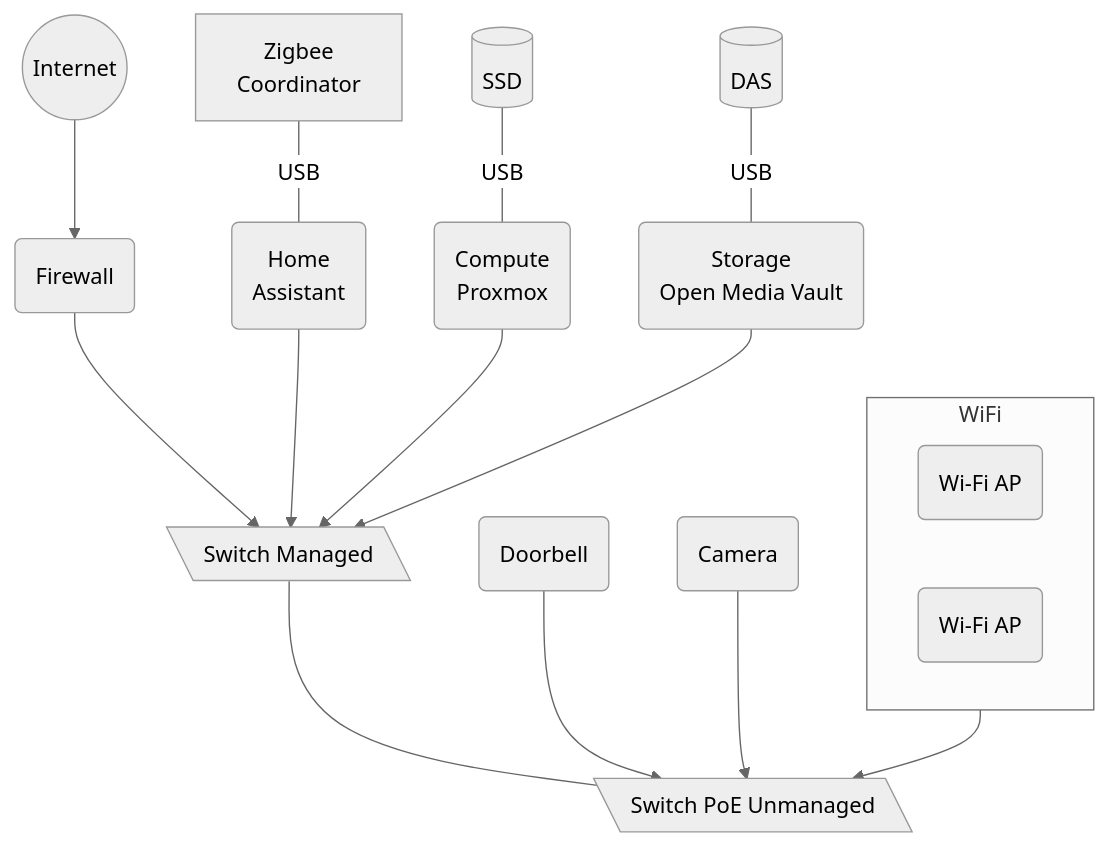
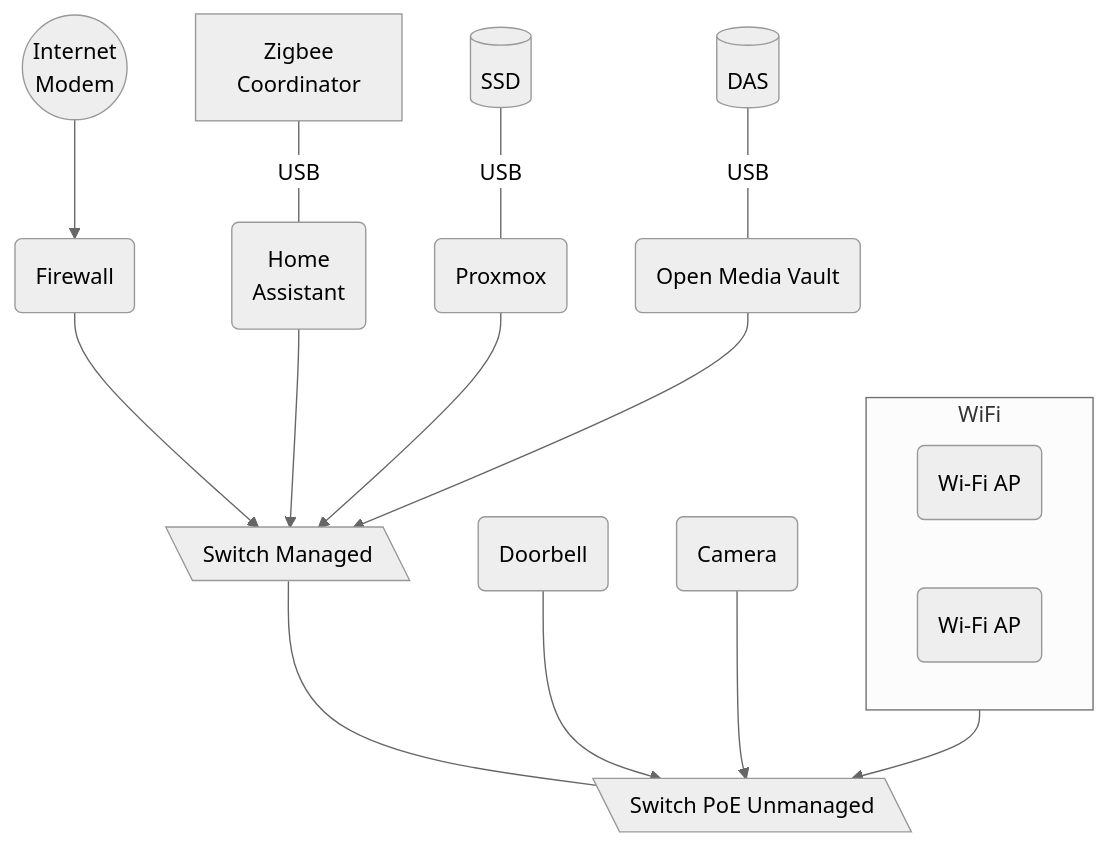
Before and after one commit to Livingdead1989/livingdead1989.github.io: the first of 3 diagrams in _projects/homelab-2026.md, drawn with Mermaid (neutral theme). The commit also changed other lines of this file and 1 other file, not shown here.

```diff
--- a/_projects/homelab-2026.md
+++ b/_projects/homelab-2026.md
@@ -68,27 +68,26 @@
 <div class="mermaid">
 flowchart TB
-  isp((Internet)) --> fw
+  isp((Internet
+  Modem)) --> fw
   switchServer[\Switch Managed\] --- switchPoE[\Switch PoE Unmanaged\]
 
   fw(Firewall) --> switchServer
   hassio(Home 
   Assistant) --> switchServer
-  proxmox(Compute
-  Proxmox) --> switchServer
-  omv(Storage
-  Open Media Vault) --> switchServer
+  proxmox(Proxmox) --> switchServer
+  omv(Open Media Vault) --> switchServer
 
   das[(DAS)] -- USB --- omv
   ssd[(SSD)] -- USB --- proxmox
   zigbee[Zigbee 
   Coordinator] -- USB --- hassio
 
   doorbell(Doorbell) --> switchPoE
   camera(Camera) --> switchPoE
 
   subgraph WiFi
     wifi1(Wi-Fi AP)
     wifi2(Wi-Fi AP)
   end
   WiFi --> switchPoE
 </div>
```
